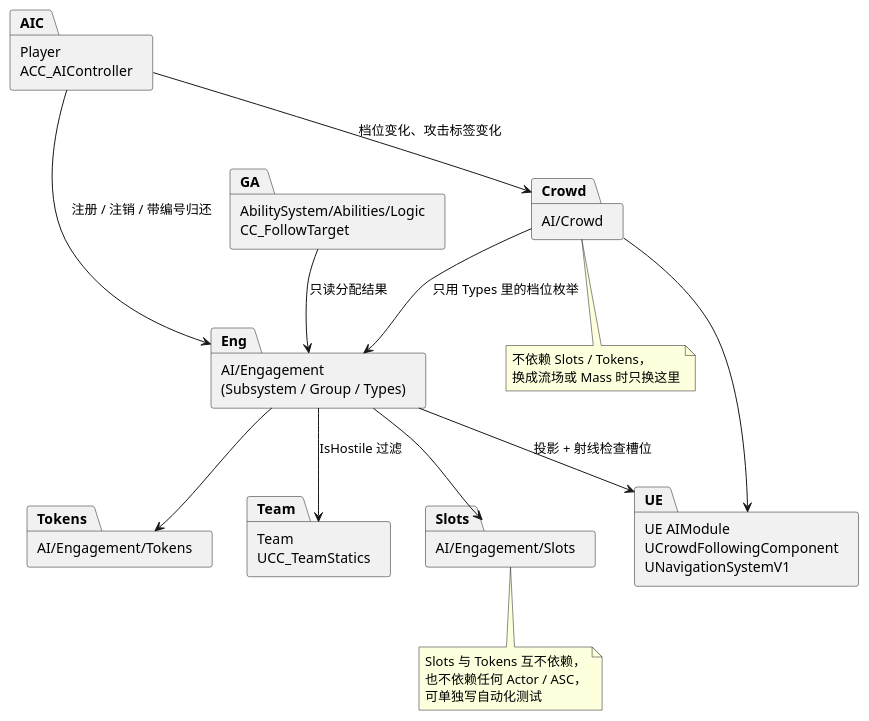
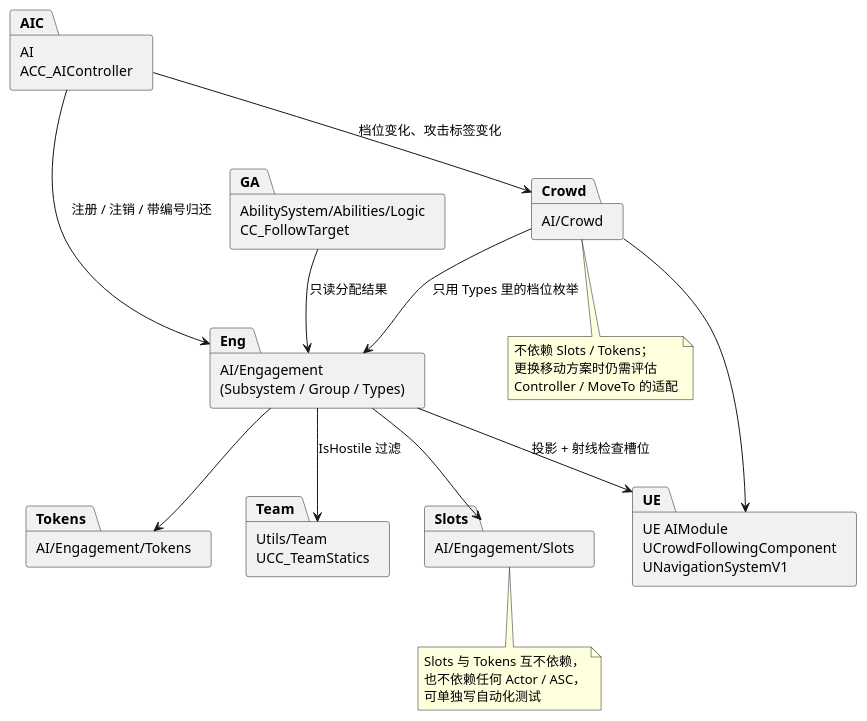
One commit to peng984251536/GAS_Demo changed the first of 11 diagrams in Docs/AI-Engagement.zh-CN.md. Above: the diagram before and after it, drawn with PlantUML. The commit also changed other lines of this file and 181 other files, not shown here.

````diff
--- a/Docs/AI-Engagement.zh-CN.md
+++ b/Docs/AI-Engagement.zh-CN.md
@@ -75,36 +83,37 @@
 ```plantuml
 @startuml 模块依赖
 skinparam shadowing false
 skinparam defaultFontName "Microsoft YaHei"
 skinparam packageStyle rectangle
 
 package "AI/Engagement/Slots" as Slots
 package "AI/Engagement/Tokens" as Tokens
 package "AI/Engagement\n(Subsystem / Group / Types)" as Eng
 package "AI/Crowd" as Crowd
-package "Team\nUCC_TeamStatics" as Team
-package "Player\nACC_AIController" as AIC
+package "Utils/Team\nUCC_TeamStatics" as Team
+package "AI\nACC_AIController" as AIC
 package "AbilitySystem/Abilities/Logic\nCC_FollowTarget" as GA
 package "UE AIModule\nUCrowdFollowingComponent\nUNavigationSystemV1" as UE
 
 Eng --> Slots
 Eng --> Tokens
 Eng --> Team : IsHostile 过滤
 Eng --> UE : 投影 + 射线检查槽位
 Crowd --> Eng : 只用 Types 里的档位枚举
 Crowd --> UE
 AIC --> Eng : 注册 / 注销 / 带编号归还
 AIC --> Crowd : 档位变化、攻击标签变化
 GA --> Eng : 只读分配结果
 
 note bottom of Slots
   Slots 与 Tokens 互不依赖，
   也不依赖任何 Actor / ASC，
   可单独写自动化测试
 end note
 note bottom of Crowd
-  不依赖 Slots / Tokens，
-  换成流场或 Mass 时只换这里
+  不依赖 Slots / Tokens；
+  更换移动方案时仍需评估
+  Controller / MoveTo 的适配
 end note
 @enduml
 ```
````
